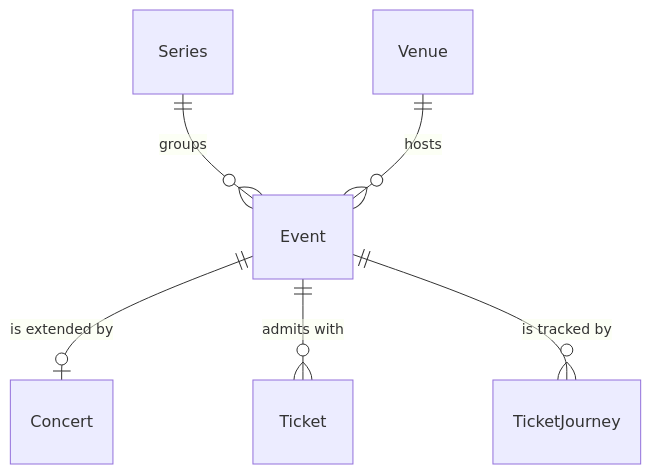
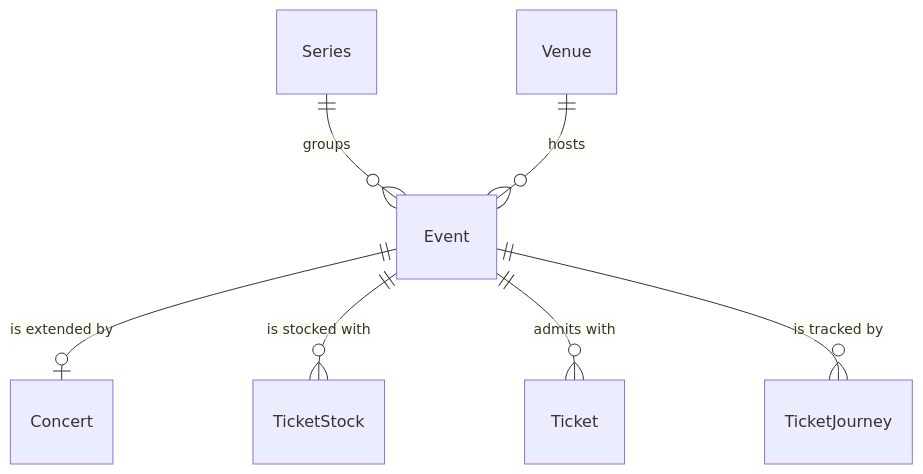
The first of 2 diagrams in openspec/specs/components/entity/event/spec.md (liverty-music/specification), drawn with Mermaid before and after one commit. The commit also changed other lines of this file and 18 other files, not shown here.

````diff
--- a/openspec/specs/components/entity/event/spec.md
+++ b/openspec/specs/components/entity/event/spec.md
@@ -18,8 +19,9 @@
 ```mermaid
 erDiagram
   Series ||--o{ Event : "groups"
   Venue ||--o{ Event : "hosts"
   Event ||--o| Concert : "is extended by"
+  Event ||--o{ TicketStock : "is stocked with"
   Event ||--o{ Ticket : "admits with"
   Event ||--o{ TicketJourney : "is tracked by"
 ```
````
